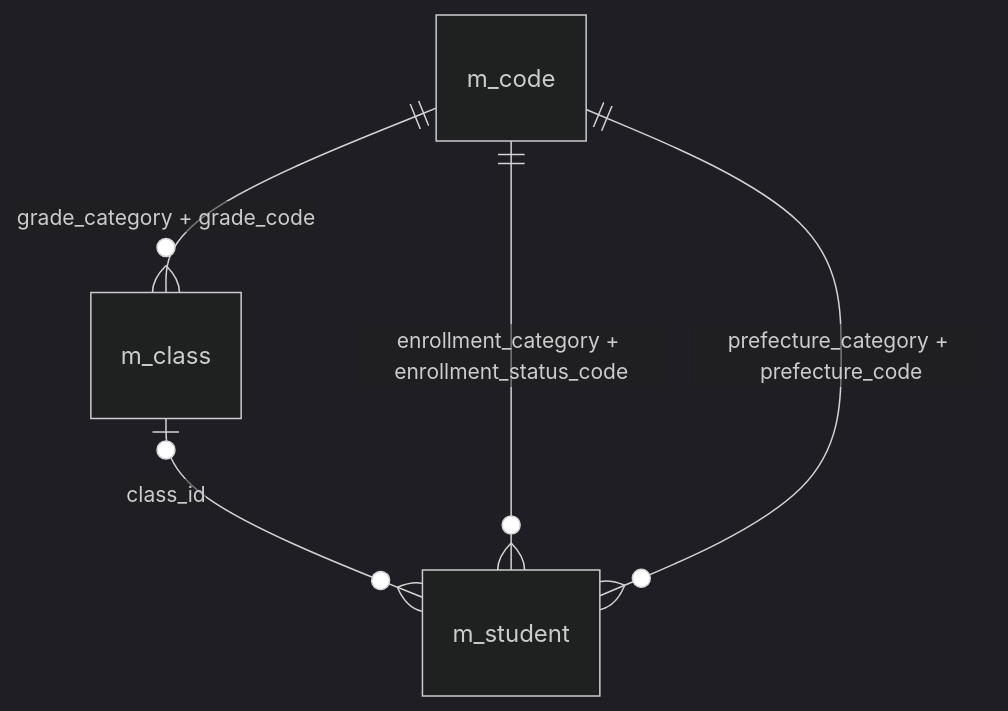
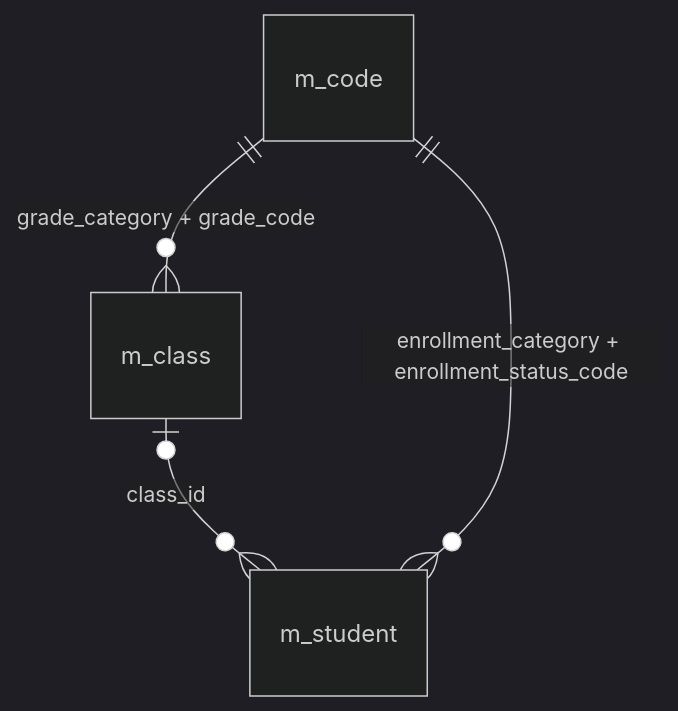
Diagram 11 of 11 in test-project1/srcs/VB.NET_WinForms/spec/詳細仕様書/VB.NET_WinForms/01_学生検索画面.md (tujinrong/contextbase-evaluation), drawn with Mermaid (dark theme) before and after one commit. The commit also changed other lines of this file and 169 other files, not shown here.

````diff
--- a/test-project1/srcs/VB.NET_WinForms/spec/詳細仕様書/VB.NET_WinForms/01_学生検索画面.md
+++ b/test-project1/srcs/VB.NET_WinForms/spec/詳細仕様書/VB.NET_WinForms/01_学生検索画面.md
@@ -412,7 +383,6 @@
 ```mermaid
 erDiagram
     m_class o|--o{ m_student : "class_id"
     m_code ||--o{ m_class : "grade_category + grade_code"
     m_code ||--o{ m_student : "enrollment_category + enrollment_status_code"
-    m_code ||--o{ m_student : "prefecture_category + prefecture_code"
 ```
````
